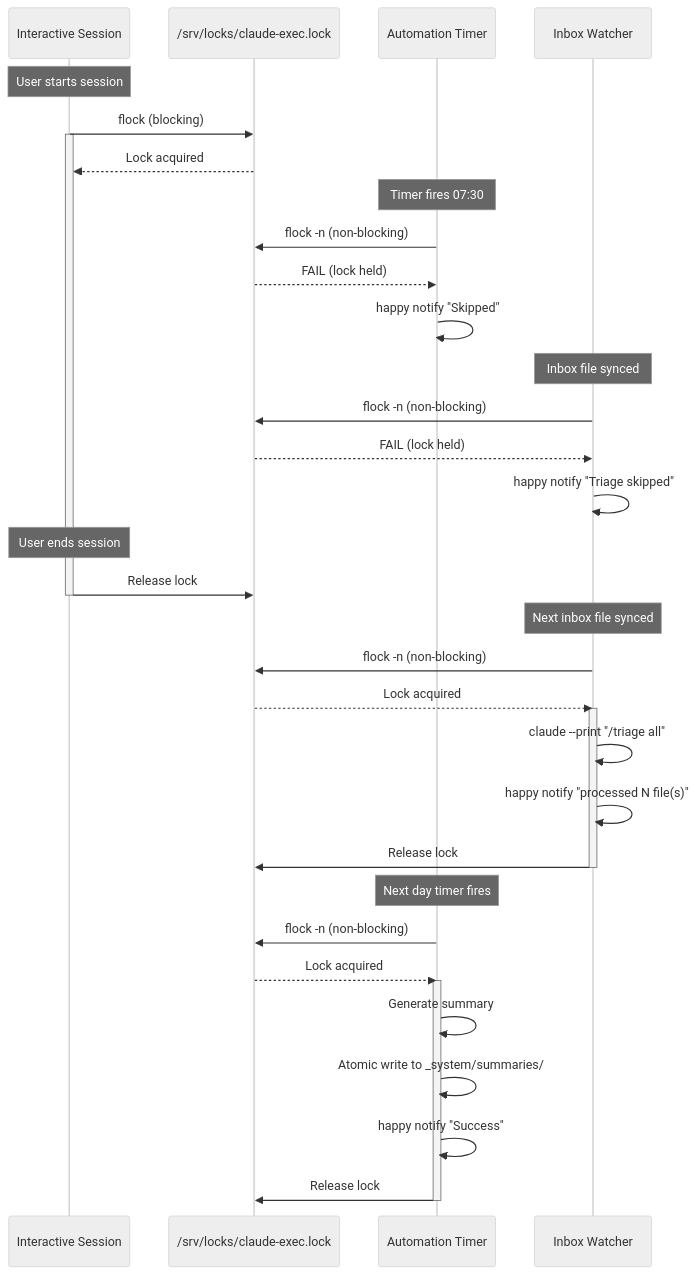
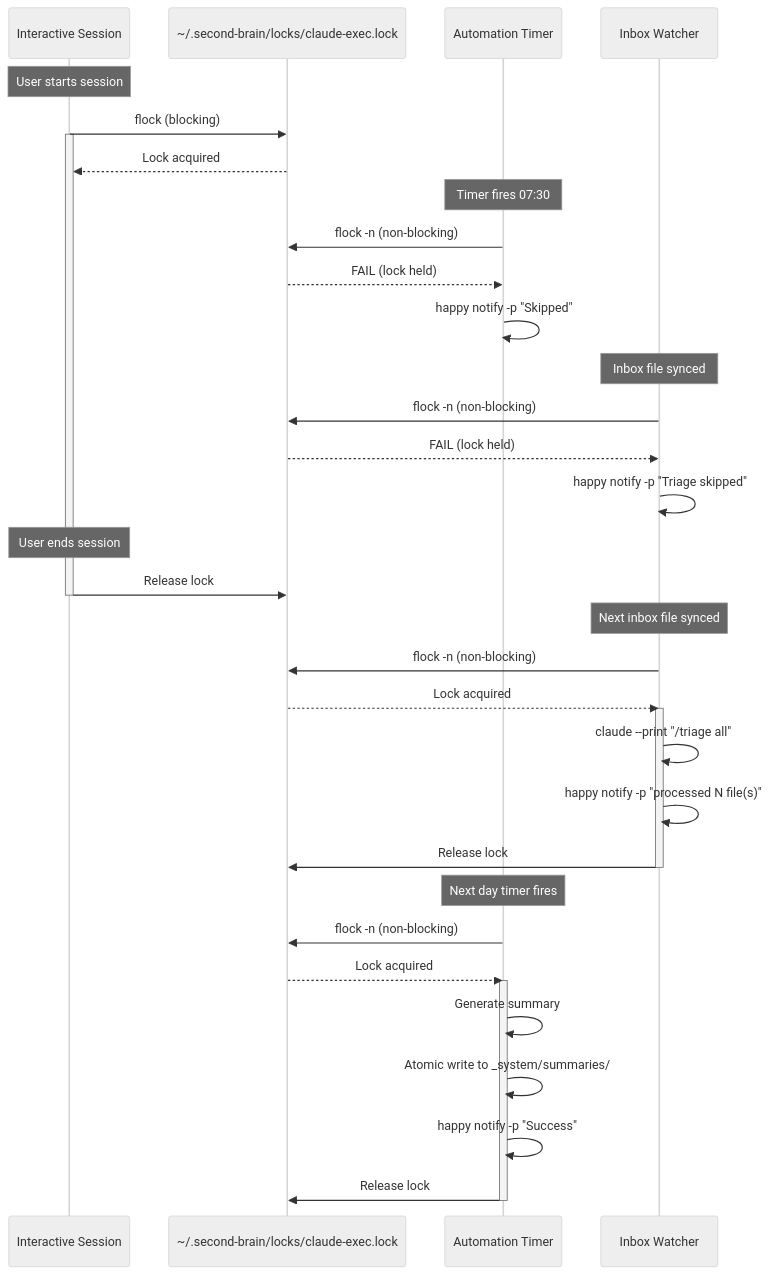
The fifth of 7 diagrams in docs/architecture.md (patjackson52/second-brain), drawn with Mermaid (neutral theme) before and after one commit. The commit also changed other lines of this file and 5 other files, not shown here.

First line of the commit message:
fix: happy notify syntax and update docs to match current system

````diff
--- a/docs/architecture.md
+++ b/docs/architecture.md
@@ -150,45 +150,45 @@
 ```mermaid
 sequenceDiagram
     participant I as Interactive Session
-    participant L as /srv/locks/claude-exec.lock
+    participant L as ~/.second-brain/locks/claude-exec.lock
     participant A as Automation Timer
     participant W as Inbox Watcher
 
     Note over I: User starts session
     I->>L: flock (blocking)
     activate I
     L-->>I: Lock acquired
 
     Note over A: Timer fires 07:30
     A->>L: flock -n (non-blocking)
     L-->>A: FAIL (lock held)
-    A->>A: happy notify "Skipped"
+    A->>A: happy notify -p "Skipped"
 
     Note over W: Inbox file synced
     W->>L: flock -n (non-blocking)
     L-->>W: FAIL (lock held)
-    W->>W: happy notify "Triage skipped"
+    W->>W: happy notify -p "Triage skipped"
 
     Note over I: User ends session
     I->>L: Release lock
     deactivate I
 
     Note over W: Next inbox file synced
     W->>L: flock -n (non-blocking)
     L-->>W: Lock acquired
     activate W
     W->>W: claude --print "/triage all"
-    W->>W: happy notify "processed N file(s)"
+    W->>W: happy notify -p "processed N file(s)"
     W->>L: Release lock
     deactivate W
 
     Note over A: Next day timer fires
     A->>L: flock -n (non-blocking)
     L-->>A: Lock acquired
     activate A
     A->>A: Generate summary
     A->>A: Atomic write to _system/summaries/
-    A->>A: happy notify "Success"
+    A->>A: happy notify -p "Success"
     A->>L: Release lock
     deactivate A
 ```
````
